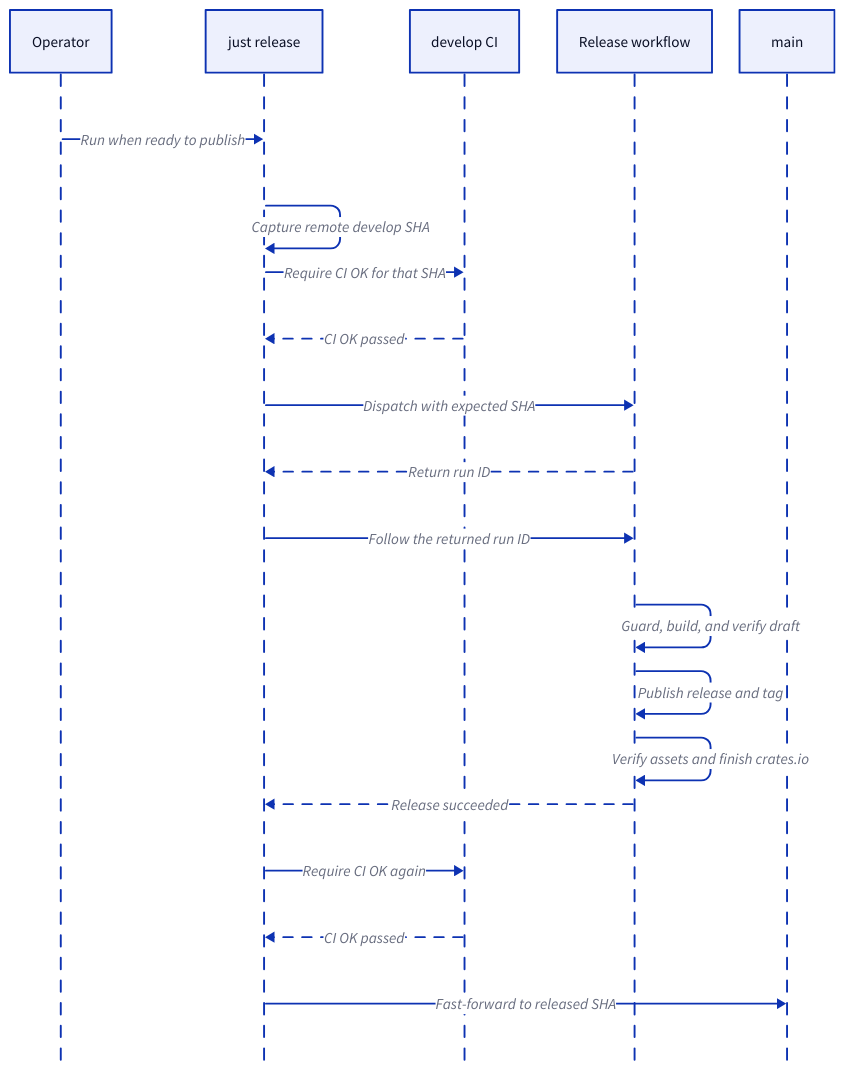
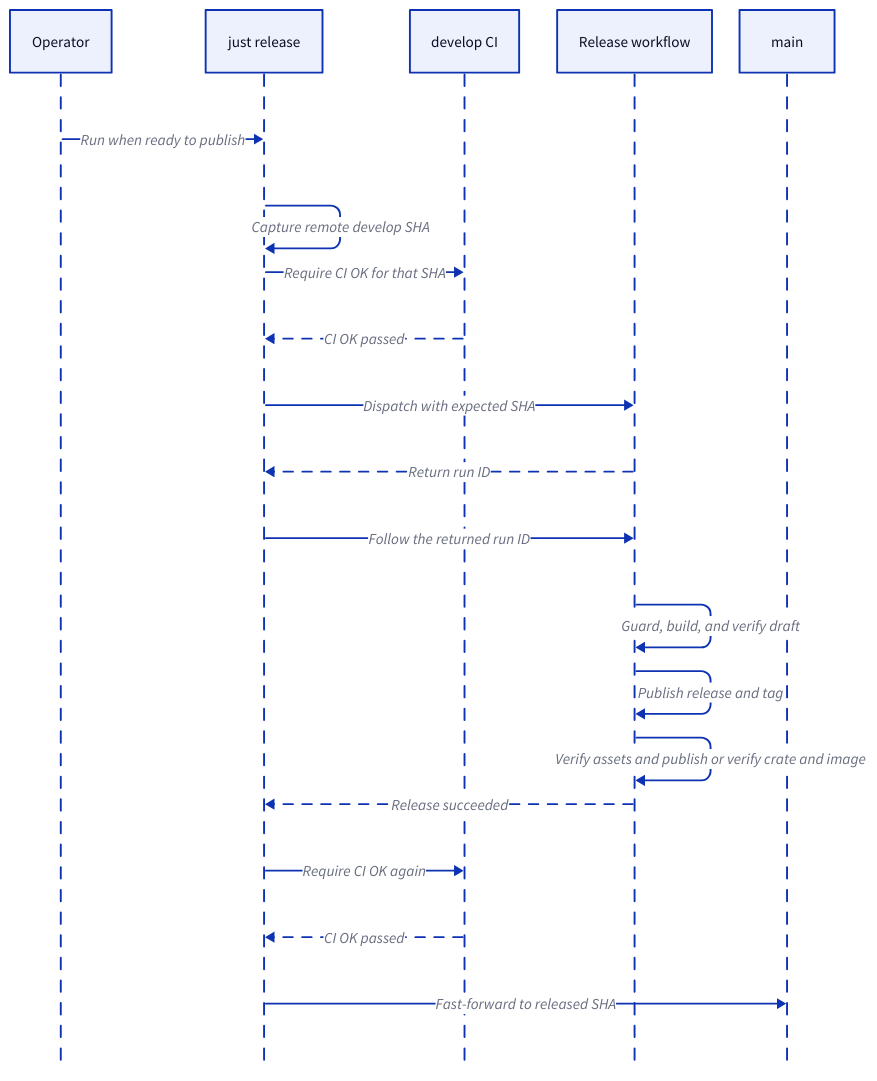
One commit to nbari/cron-when changed the diagram in .github/diagrams/releasing/sequence.d2. Above: the diagram before and after it, drawn with D2. The commit also changed 15 other files, not shown here.

Commit message:
Add multi-architecture container images

```diff
--- a/.github/diagrams/releasing/sequence.d2
+++ b/.github/diagrams/releasing/sequence.d2
@@ -1,30 +1,30 @@
 shape: sequence_diagram
 
 operator: Operator
 recipe: just release
 ci: develop CI
 workflow: Release workflow
 main: main
 
 operator -> recipe: Run when ready to publish
 recipe -> recipe: Capture remote develop SHA
 recipe -> ci: Require CI OK for that SHA
 ci -> recipe: CI OK passed {
   style.stroke-dash: 5
 }
 recipe -> workflow: Dispatch with expected SHA
 workflow -> recipe: Return run ID {
   style.stroke-dash: 5
 }
 recipe -> workflow: Follow the returned run ID
 workflow -> workflow: Guard, build, and verify draft
 workflow -> workflow: Publish release and tag
-workflow -> workflow: Verify assets and finish crates.io
+workflow -> workflow: Verify assets and publish or verify crate and image
 workflow -> recipe: Release succeeded {
   style.stroke-dash: 5
 }
 recipe -> ci: Require CI OK again
 ci -> recipe: CI OK passed {
   style.stroke-dash: 5
 }
 recipe -> main: Fast-forward to released SHA
```
